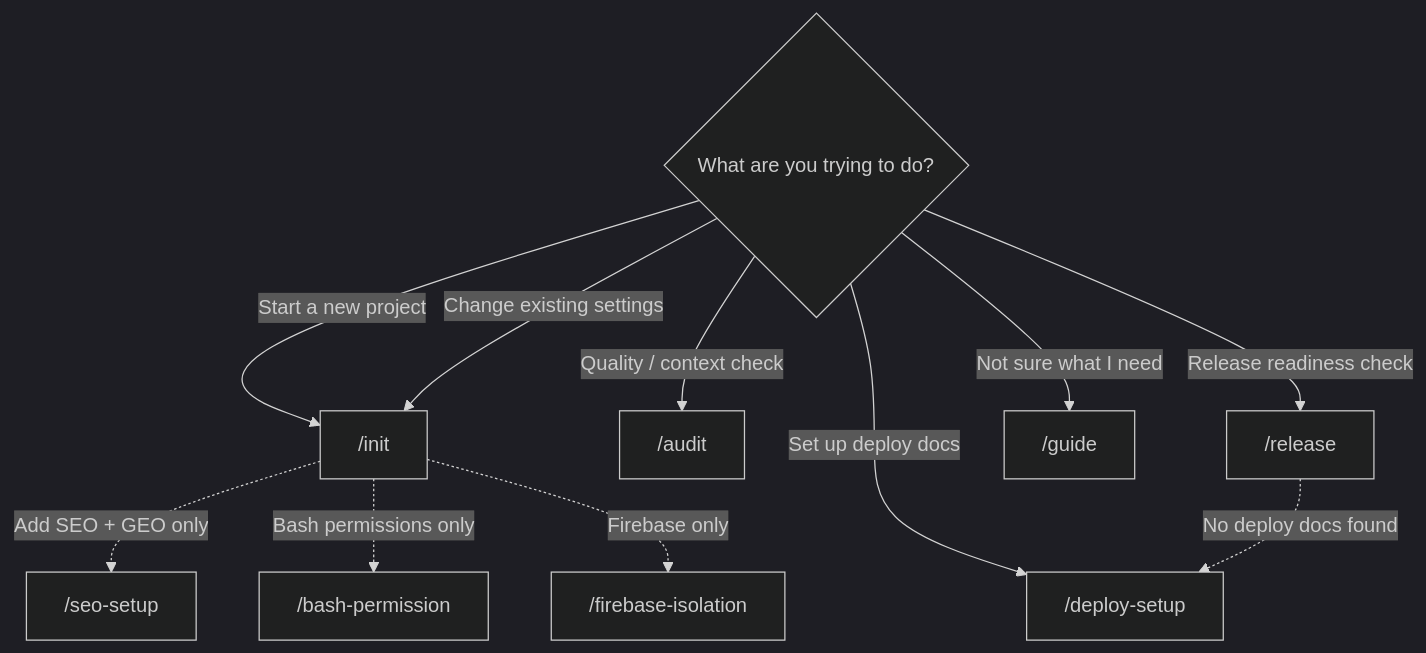
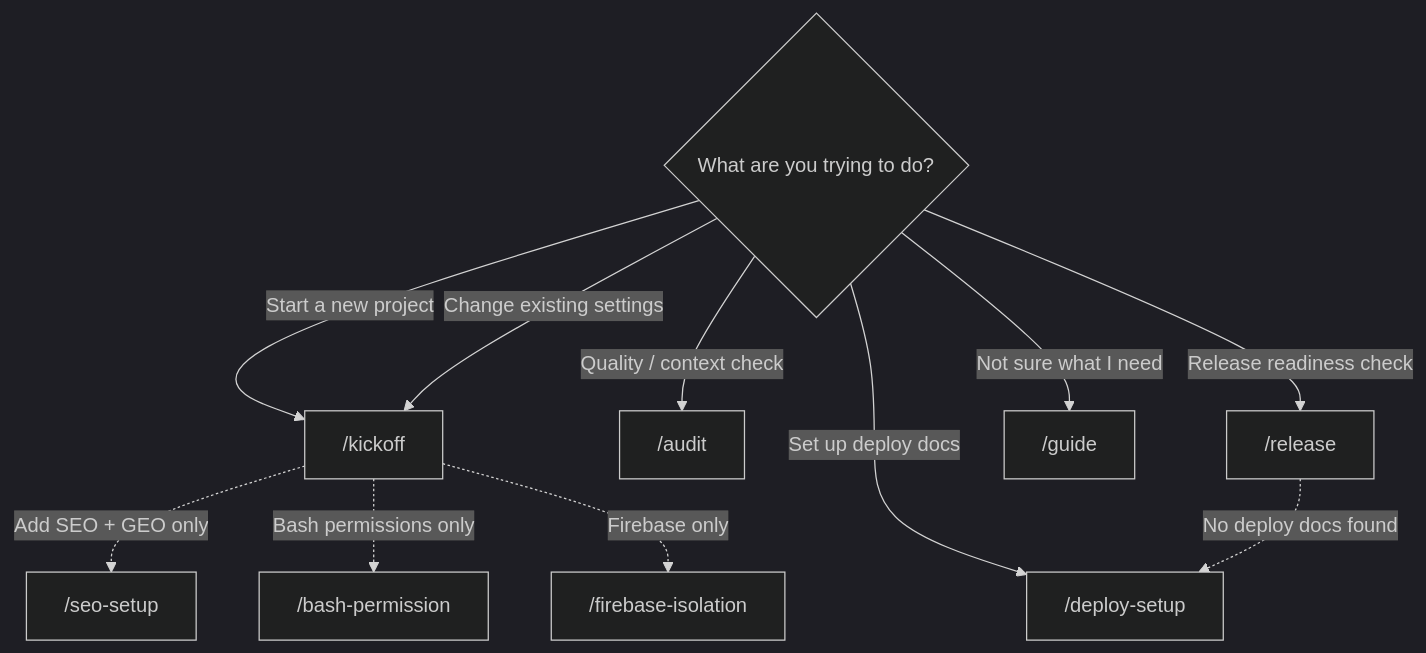
The first of 3 diagrams in README.en.md (seungjaeyuu/claude-project-bootstrap), drawn with Mermaid (dark theme) before and after one commit. The commit also changed other lines of this file and 6 other files, not shown here.

````diff
--- a/README.en.md
+++ b/README.en.md
@@ -49,14 +49,14 @@
 ```mermaid
 flowchart TD
     START{"What are you trying to do?"}
-    START -->|"Start a new project"| INIT["/init"]
+    START -->|"Start a new project"| INIT["/kickoff"]
     START -->|"Change existing settings"| INIT
     START -->|"Quality / context check"| AUDIT["/audit"]
     START -->|"Release readiness check"| RELEASE["/release"]
     START -->|"Set up deploy docs"| DEPLOY["/deploy-setup"]
     START -->|"Not sure what I need"| GUIDE["/guide"]
     RELEASE -.->|"No deploy docs found"| DEPLOY
     INIT -.->|"Add SEO + GEO only"| SEO["/seo-setup"]
     INIT -.->|"Bash permissions only"| BASH["/bash-permission"]
     INIT -.->|"Firebase only"| FIREBASE["/firebase-isolation"]
 ```
````
